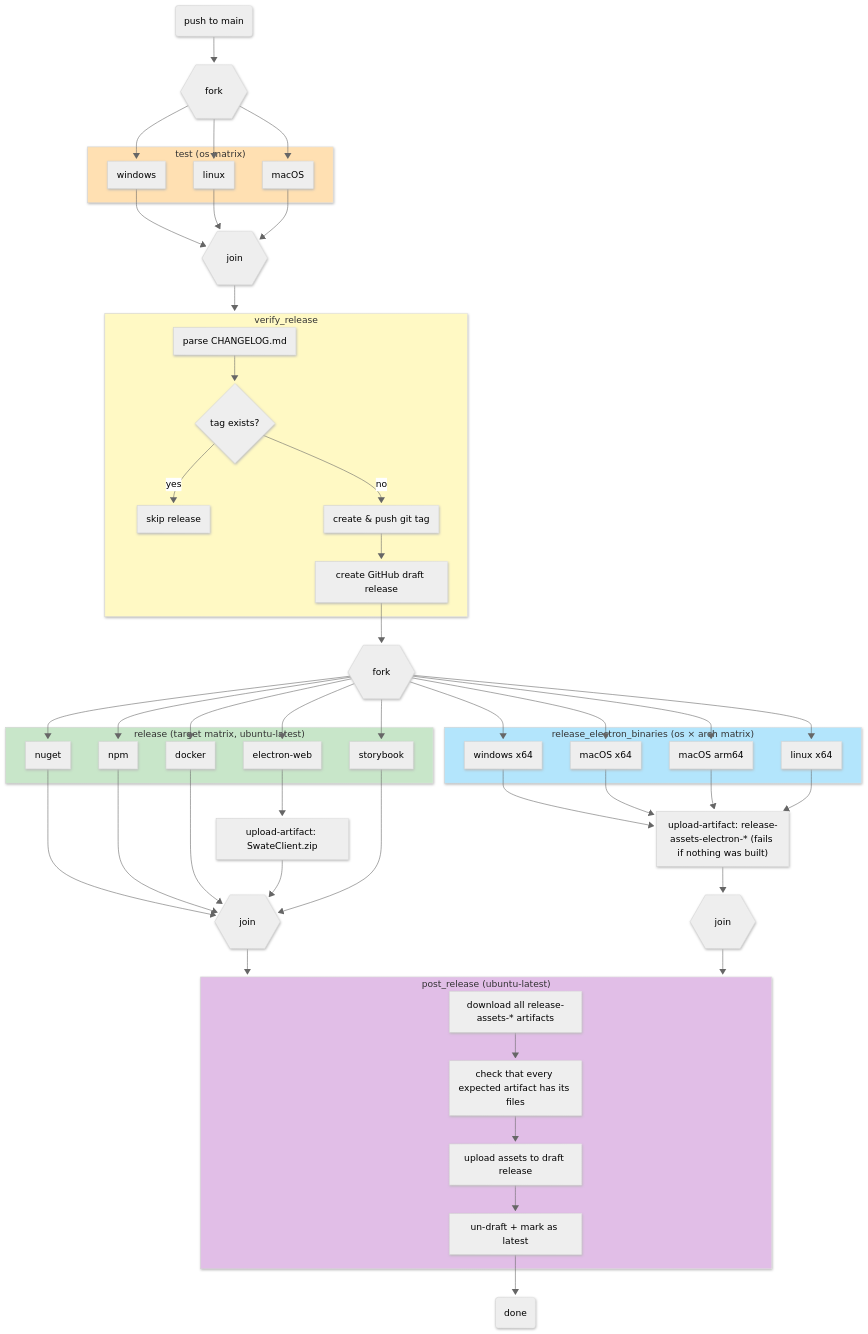
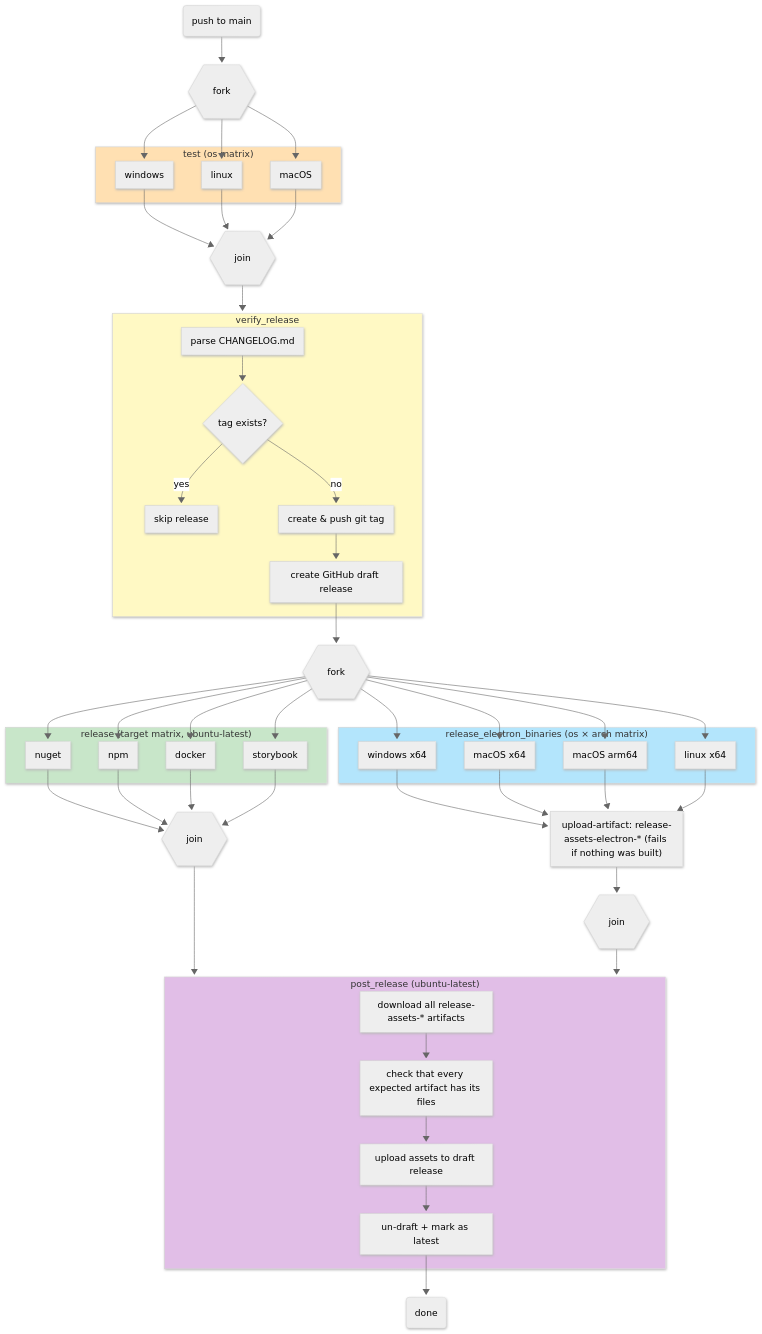
Before and after one commit to nfdi4plants/Swate: the first of 2 diagrams in docs/maintainer/README.md, drawn with Mermaid (neutral theme). The commit also changed other lines of this file and 58 other files, not shown here.

````diff
--- a/docs/maintainer/README.md
+++ b/docs/maintainer/README.md
@@ -9,75 +9,73 @@
 ```mermaid
 ---
 config:
   look: neo
   layout: dagre
 ---
 flowchart TD
     commit("push to main") --> test-fork{{"fork"}}
 
     subgraph test["test (os matrix)"]
         t-win["windows"]
         t-linux["linux"]
         t-mac["macOS"]
     end
 
     test-fork --> t-win & t-linux & t-mac
     t-win & t-linux & t-mac --> test-join{{"join"}}
     test-join --> verify
 
     subgraph verify["verify_release"]
         v-parse["parse CHANGELOG.md"]
         v-check{"tag exists?"}
         v-skip["skip release"]
         v-tag["create & push git tag"]
         v-draft["create GitHub draft release"]
         v-parse --> v-check
         v-check -->|yes| v-skip
         v-check -->|no| v-tag --> v-draft
     end
 
     v-draft --> rel-fork{{"fork"}}
 
     subgraph release["release (target matrix, ubuntu-latest)"]
         r-nuget["nuget"]
         r-npm["npm"]
         r-docker["docker"]
-        r-web["electron-web"]
         r-story["storybook"]
     end
 
     subgraph binaries["release_electron_binaries (os × arch matrix)"]
         b-win["windows x64"]
         b-mac-x64["macOS x64"]
         b-mac-arm["macOS arm64"]
         b-linux["linux x64"]
     end
 
-    rel-fork --> r-nuget & r-npm & r-docker & r-web & r-story
+    rel-fork --> r-nuget & r-npm & r-docker & r-story
     rel-fork --> b-win & b-mac-x64 & b-mac-arm & b-linux
 
-    r-web --> art-client["upload-artifact: SwateClient.zip"]
     b-win & b-mac-x64 & b-mac-arm & b-linux --> art-bin["upload-artifact: release-assets-electron-* (fails if nothing was built)"]
 
-    r-nuget & r-npm & r-docker & art-client & r-story --> rel-join{{"join"}}
+    r-nuget & r-npm & r-docker & r-story --> rel-join{{"join"}}
     art-bin --> bin-join{{"join"}}
 
     rel-join --> post
     bin-join --> post
 
     subgraph post["post_release (ubuntu-latest)"]
         p-dl["download all release-assets-* artifacts"]
         p-check["check that every expected artifact has its files"]
         p-upload["upload assets to draft release"]
         p-final["un-draft + mark as latest"]
         p-dl --> p-check --> p-upload --> p-final
     end
 
     p-final --> done("done")
 
     style test fill:#FFE0B2
     style verify fill:#FFF9C4
     style release fill:#C8E6C9
     style binaries fill:#B3E5FC
     style post fill:#E1BEE7
 ```
````
